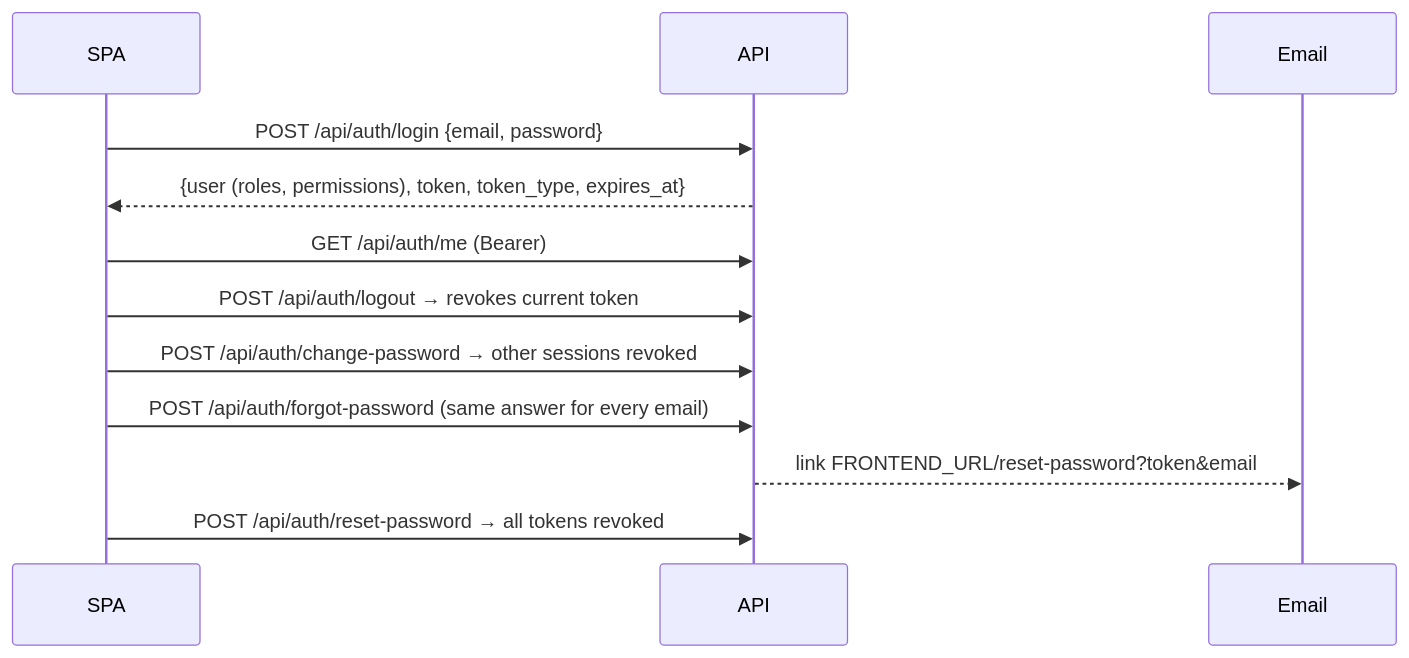
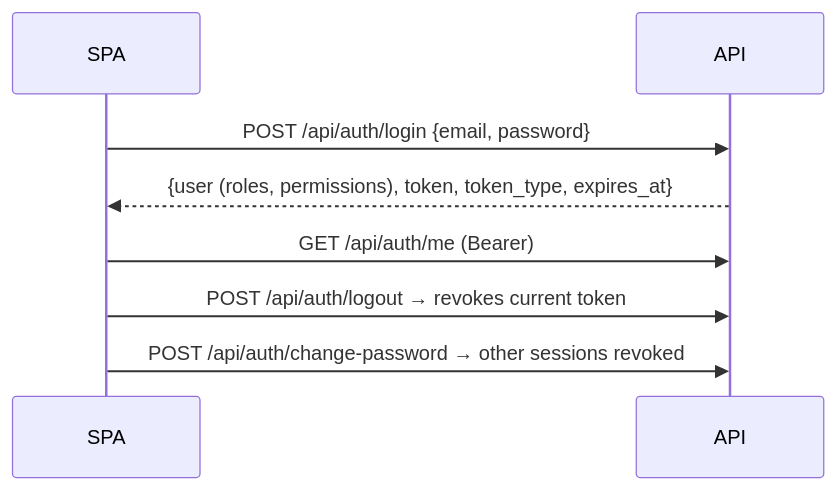
One commit to EarlCao/skillserve-web-root changed the first of 2 diagrams in SkillServe-Vault/04 - API Integrations/Authentication Flows.md. Above: the diagram before and after it, drawn with Mermaid. The commit also changed other lines of this file and 15 other files, not shown here.

Commit message:
docs: green theme, Appearance settings, official logo; admin forgot-password removed

````diff
--- a/SkillServe-Vault/04 - API Integrations/Authentication Flows.md
+++ b/SkillServe-Vault/04 - API Integrations/Authentication Flows.md
@@ -21,13 +21,10 @@
 ```mermaid
 sequenceDiagram
   participant SPA
   participant API
   SPA->>API: POST /api/auth/login {email, password}
   API-->>SPA: {user (roles, permissions), token, token_type, expires_at}
   SPA->>API: GET /api/auth/me (Bearer)
   SPA->>API: POST /api/auth/logout → revokes current token
   SPA->>API: POST /api/auth/change-password → other sessions revoked
-  SPA->>API: POST /api/auth/forgot-password (same answer for every email)
-  API-->>Email: link FRONTEND_URL/reset-password?token&email
-  SPA->>API: POST /api/auth/reset-password → all tokens revoked
 ```
````
